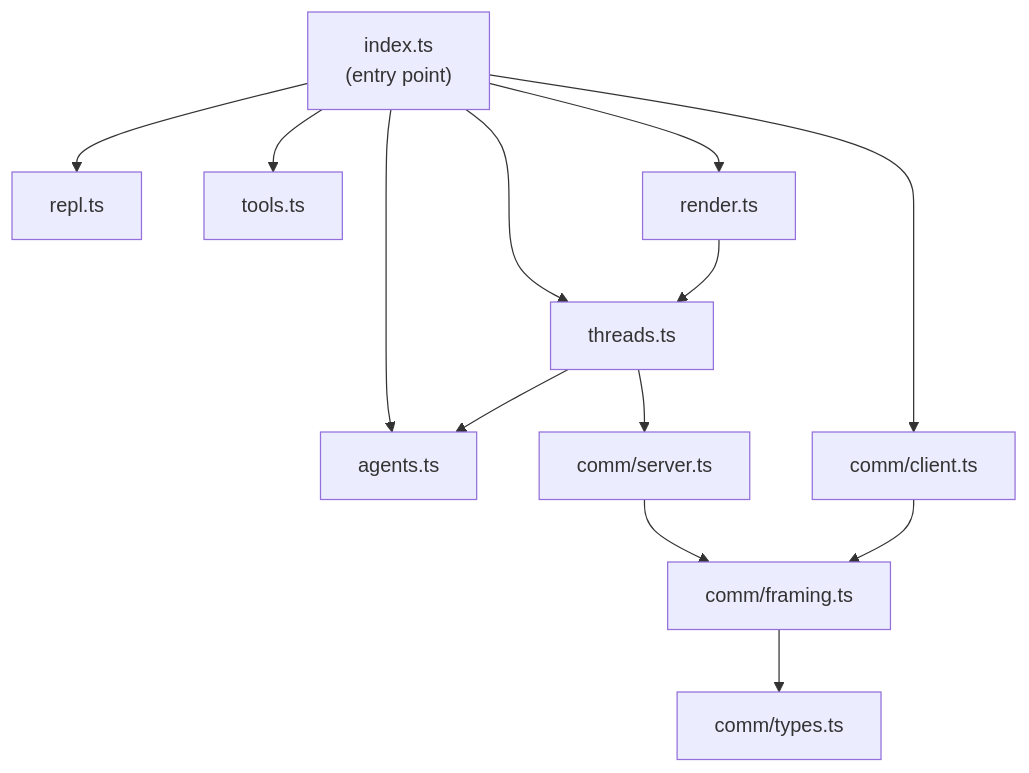
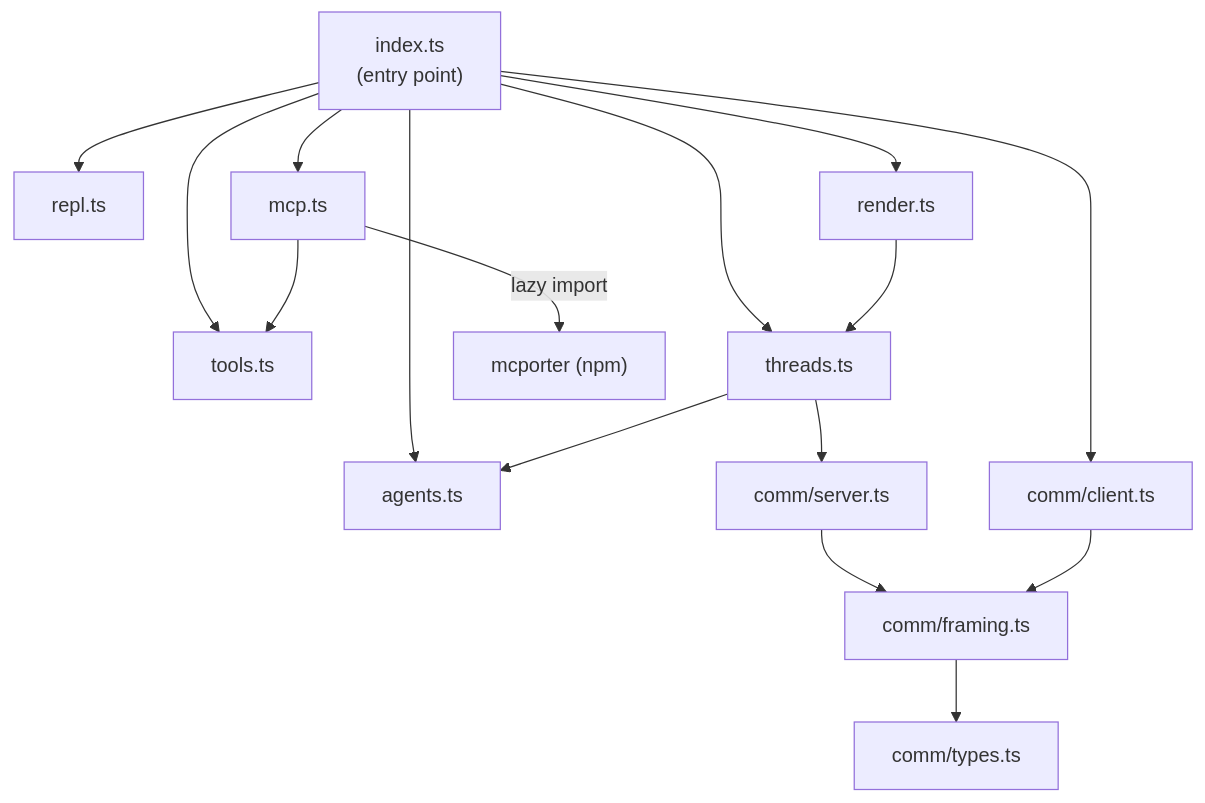
One commit to sigilmakes/spindle changed the first of 5 diagrams in docs/architecture.md. Above: the diagram before and after it, drawn with Mermaid. The commit also changed other lines of this file and 3 other files, not shown here.

````diff
--- a/docs/architecture.md
+++ b/docs/architecture.md
@@ -24,15 +25,18 @@
 ```mermaid
 graph TD
     INDEX["index.ts<br/>(entry point)"] --> REPL["repl.ts"]
     INDEX --> TOOLS["tools.ts"]
     INDEX --> AGENTS["agents.ts"]
     INDEX --> THREADS["threads.ts"]
     INDEX --> RENDER["render.ts"]
     INDEX --> COMM_CLIENT["comm/client.ts"]
+    INDEX --> MCP["mcp.ts"]
+    MCP -->|"lazy import"| MCPORTER["mcporter (npm)"]
+    MCP --> TOOLS
     THREADS --> AGENTS
     THREADS --> COMM_SERVER["comm/server.ts"]
     COMM_SERVER --> FRAMING["comm/framing.ts"]
     COMM_CLIENT --> FRAMING
     FRAMING --> TYPES["comm/types.ts"]
     RENDER --> THREADS
 ```
````
